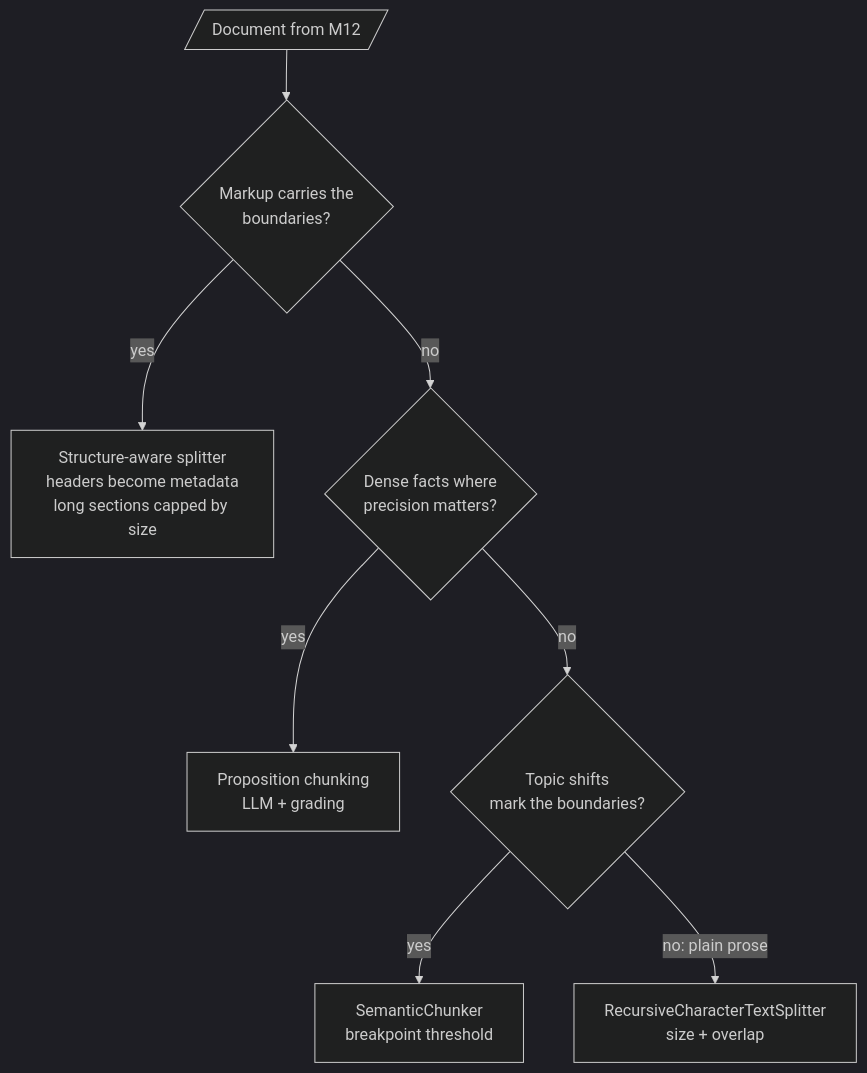
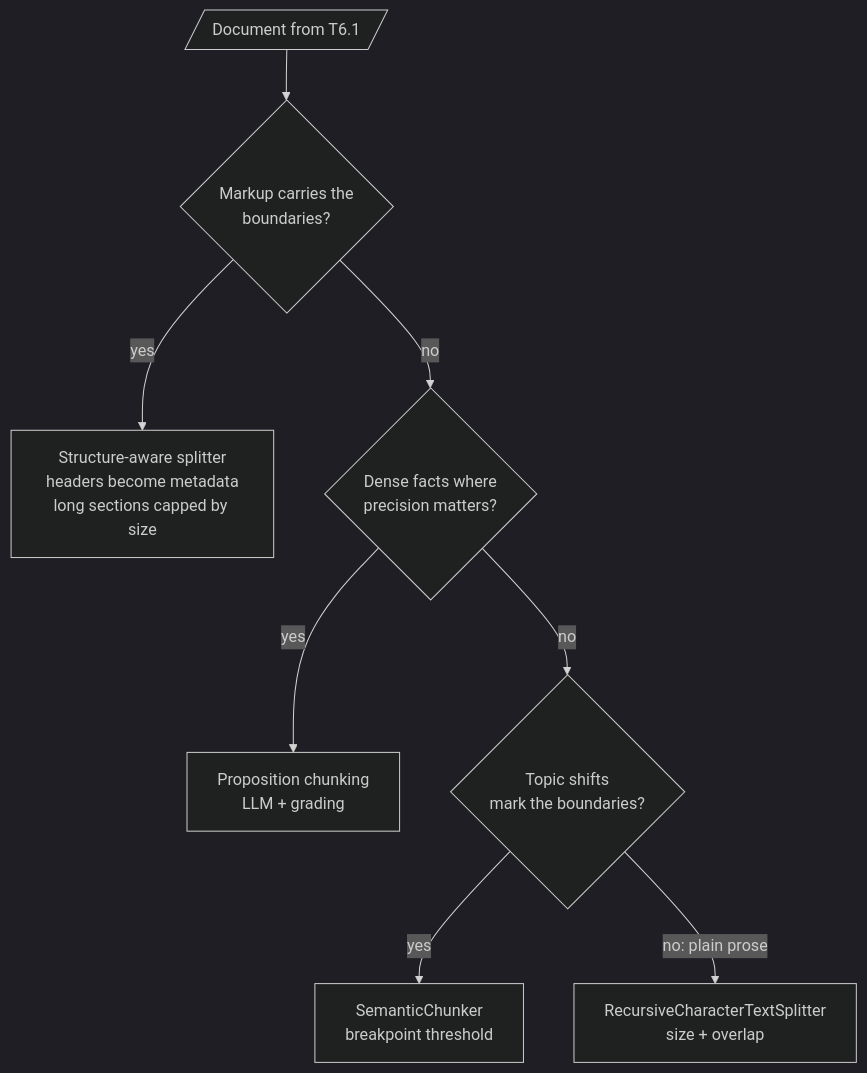
Before and after one commit to Sourav692/Forward-Deployed-Engineer-Interview-Prep: the diagram in 01_Concept_Tutorials/RAG_Agents_Engineering/p05_ingestion_and_indexing/m13_chunking/00_overview.md, drawn with Mermaid (dark theme). The commit also changed 119 other files, not shown here.

````diff
--- a/01_Concept_Tutorials/RAG_Agents_Engineering/p05_ingestion_and_indexing/m13_chunking/00_overview.md
+++ b/01_Concept_Tutorials/RAG_Agents_Engineering/p05_ingestion_and_indexing/m13_chunking/00_overview.md
@@ -18,10 +18,10 @@
 ```mermaid
 flowchart TD
-    D[/Document from M12/] --> Q1{"Markup carries the<br/>boundaries?"}
+    D[/Document from T6.1/] --> Q1{"Markup carries the<br/>boundaries?"}
     Q1 -- yes --> SA["Structure-aware splitter<br/>headers become metadata<br/>long sections capped by size"]
     Q1 -- no --> Q2{"Dense facts where<br/>precision matters?"}
     Q2 -- yes --> P["Proposition chunking<br/>LLM + grading"]
     Q2 -- no --> Q3{"Topic shifts<br/>mark the boundaries?"}
     Q3 -- yes --> SE["SemanticChunker<br/>breakpoint threshold"]
     Q3 -- "no: plain prose" --> R["RecursiveCharacterTextSplitter<br/>size + overlap"]
 ```
````
